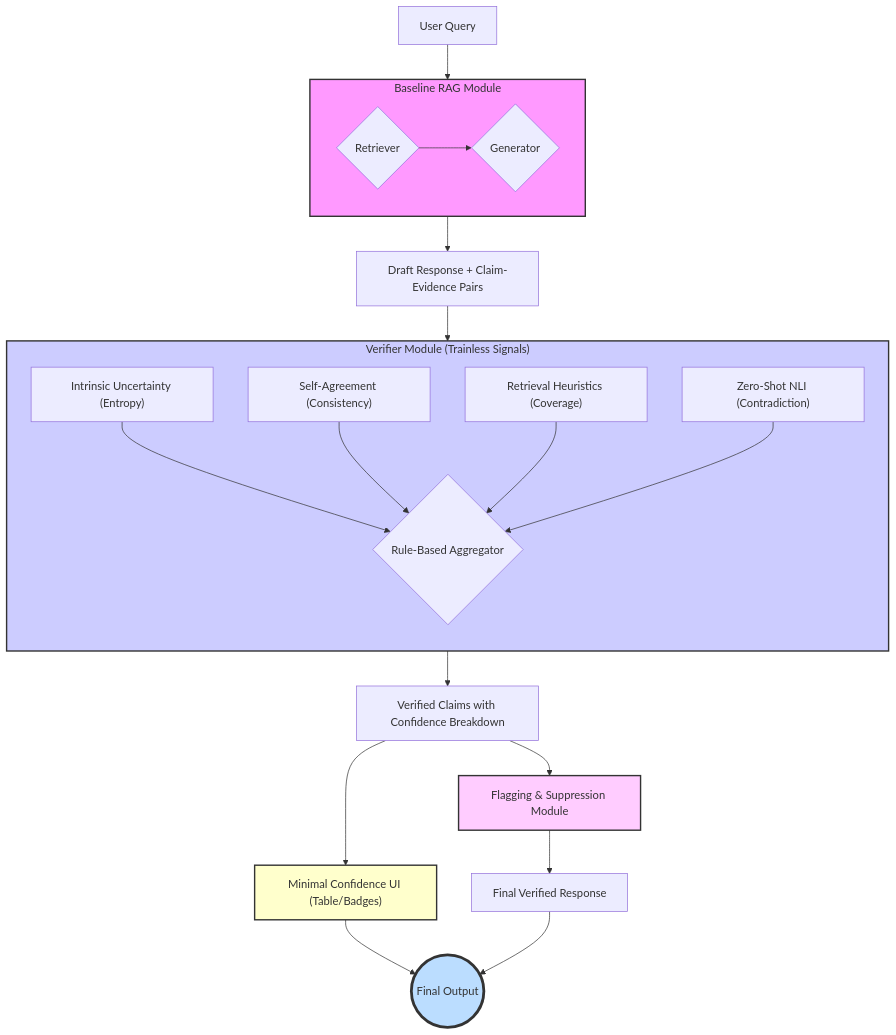
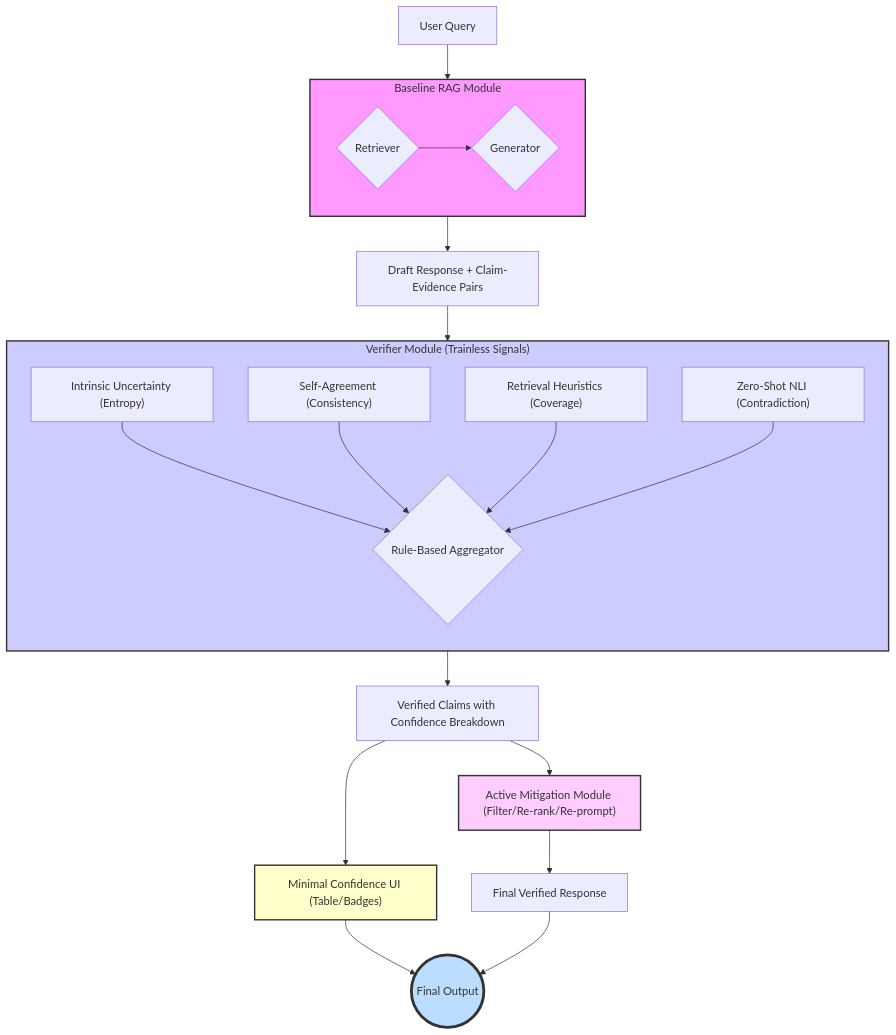
Before and after one commit to xiashuidaolaoshuren/AIST-FYP: the diagram in System_Architecture_Design.md, drawn with Mermaid. The commit also changed other lines of this file, not shown here.

Commit message:
feat: Rename and enhance mitigation module with new strategies for improved output quality

````diff
--- a/System_Architecture_Design.md
+++ b/System_Architecture_Design.md
@@ -9,34 +9,34 @@
 ```mermaid
 graph TD
     A[User Query] --> B;
     subgraph B[Baseline RAG Module]
         direction LR
         B1{Retriever} --> B2{Generator};
     end
     B --> C["Draft Response + Claim-Evidence Pairs"];
     C --> D;
     subgraph D["Verifier Module (Trainless Signals)"]
         direction TB
         D1["Intrinsic Uncertainty (Entropy)"]
         D2["Self-Agreement (Consistency)"]
         D3["Retrieval Heuristics (Coverage)"]
         D4["Zero-Shot NLI (Contradiction)"]
         D_Aggregator{"Rule-Based Aggregator"}
         D1 --> D_Aggregator;
         D2 --> D_Aggregator;
         D3 --> D_Aggregator;
         D4 --> D_Aggregator;
     end
     D --> E["Verified Claims with Confidence Breakdown"];
-    E --> F["Flagging & Suppression Module"];
+    E --> F["Active Mitigation Module (Filter/Re-rank/Re-prompt)"];
     E --> G["Minimal Confidence UI (Table/Badges)"];
     F --> H[Final Verified Response];
     G --> I((Final Output));
     H --> I;
 
     style B fill:#f9f,stroke:#333,stroke-width:2px
     style D fill:#ccf,stroke:#333,stroke-width:2px
     style F fill:#fcf,stroke:#333,stroke-width:2px
     style G fill:#ffc,stroke:#333,stroke-width:2px
     style I fill:#bdf,stroke:#333,stroke-width:4px
 ```
````
